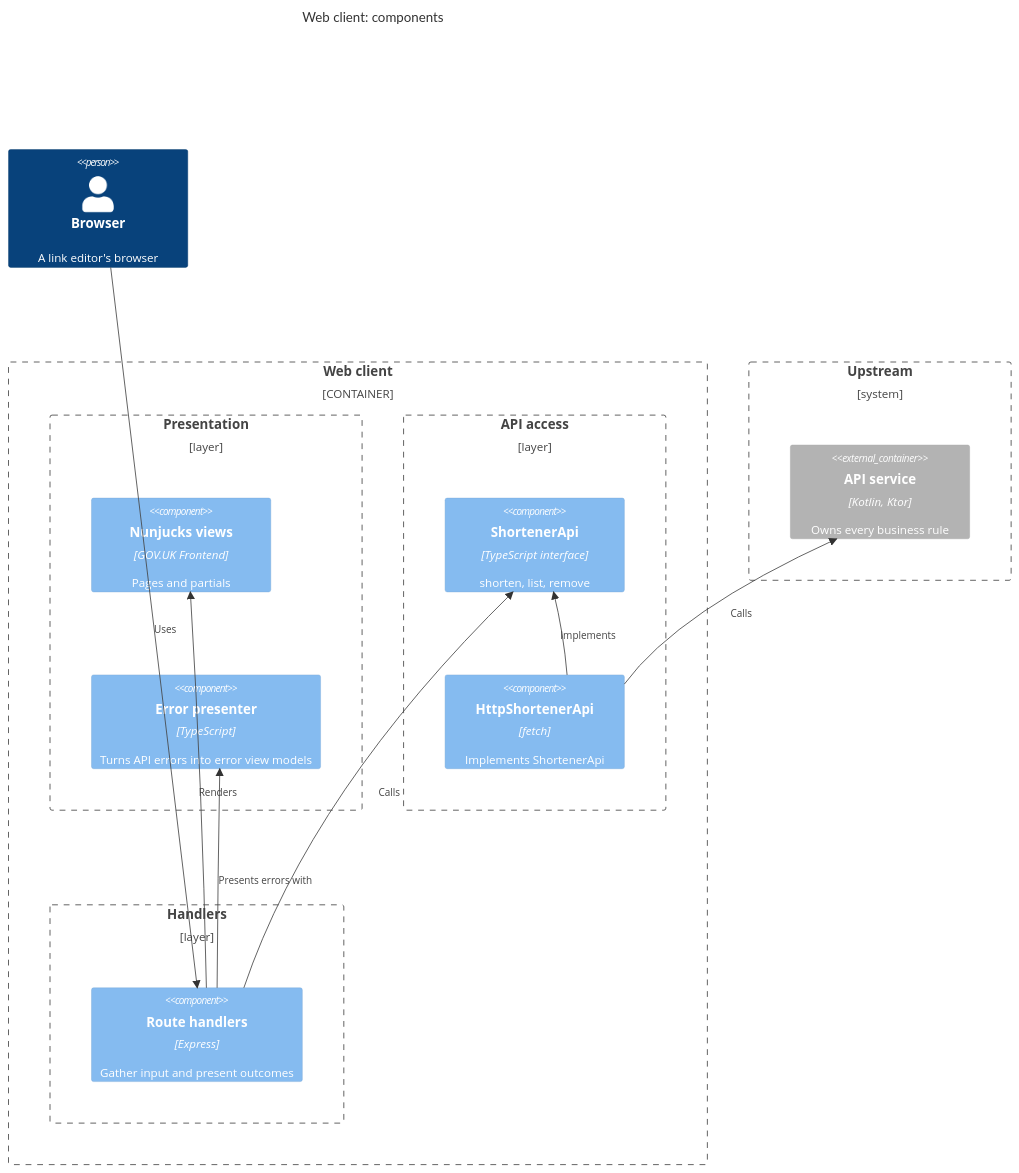
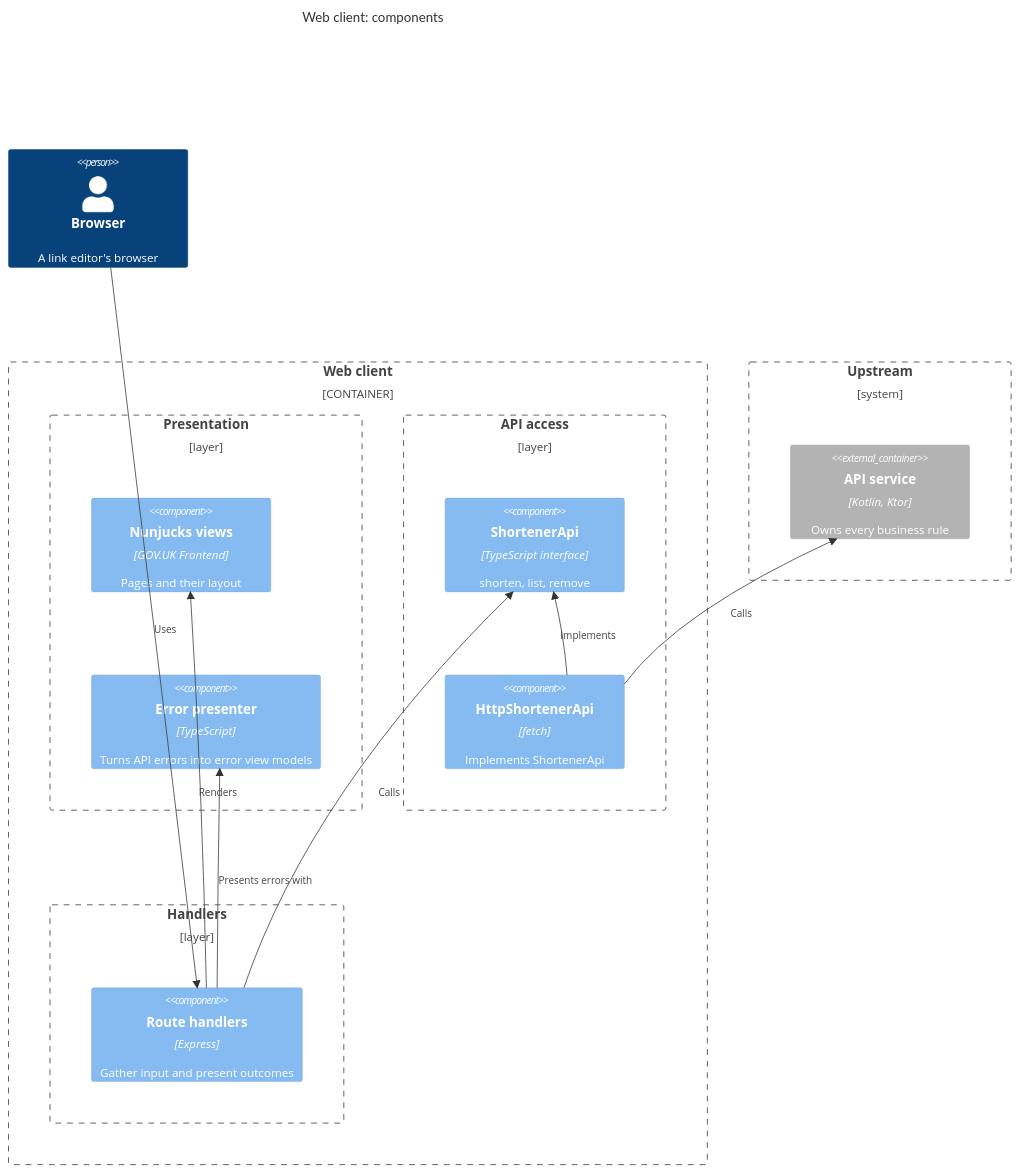
The diagram in docs/design/logical/web-client.md (kieranpotts/tpximpact), drawn with Mermaid before and after one commit. The commit also changed 11 other files, not shown here.

````diff
--- a/docs/design/logical/web-client.md
+++ b/docs/design/logical/web-client.md
@@ -8,33 +8,33 @@
 ```mermaid
 C4Component
   title Web client: components
 
   Person(browser, "Browser", "A link editor's browser")
 
   Container_Boundary(webc, "Web client") {
     Boundary(l2, "Presentation", "layer") {
-      Component(views, "Nunjucks views", "GOV.UK Frontend", "Pages and partials")
+      Component(views, "Nunjucks views", "GOV.UK Frontend", "Pages and their layout")
       Component(presenter, "Error presenter", "TypeScript", "Turns API errors into error view models")
     }
     Boundary(l3, "API access", "layer") {
       Component(apiif, "ShortenerApi", "TypeScript interface", "shorten, list, remove")
       Component(httpclient, "HttpShortenerApi", "fetch", "Implements ShortenerApi")
     }
     Boundary(l1, "Handlers", "layer") {
       Component(routes, "Route handlers", "Express", "Gather input and present outcomes")
     }
   }
 
   Boundary(upstream, "Upstream", "system") {
     Container_Ext(api, "API service", "Kotlin, Ktor", "Owns every business rule")
   }
 
   Rel(browser, routes, "Uses")
   Rel(routes, views, "Renders")
   Rel(routes, presenter, "Presents errors with")
   Rel(routes, apiif, "Calls")
   Rel(httpclient, apiif, "Implements")
   Rel(httpclient, api, "Calls")
 
   UpdateLayoutConfig($c4ShapeInRow="2", $c4BoundaryInRow="2")
 ```
````
